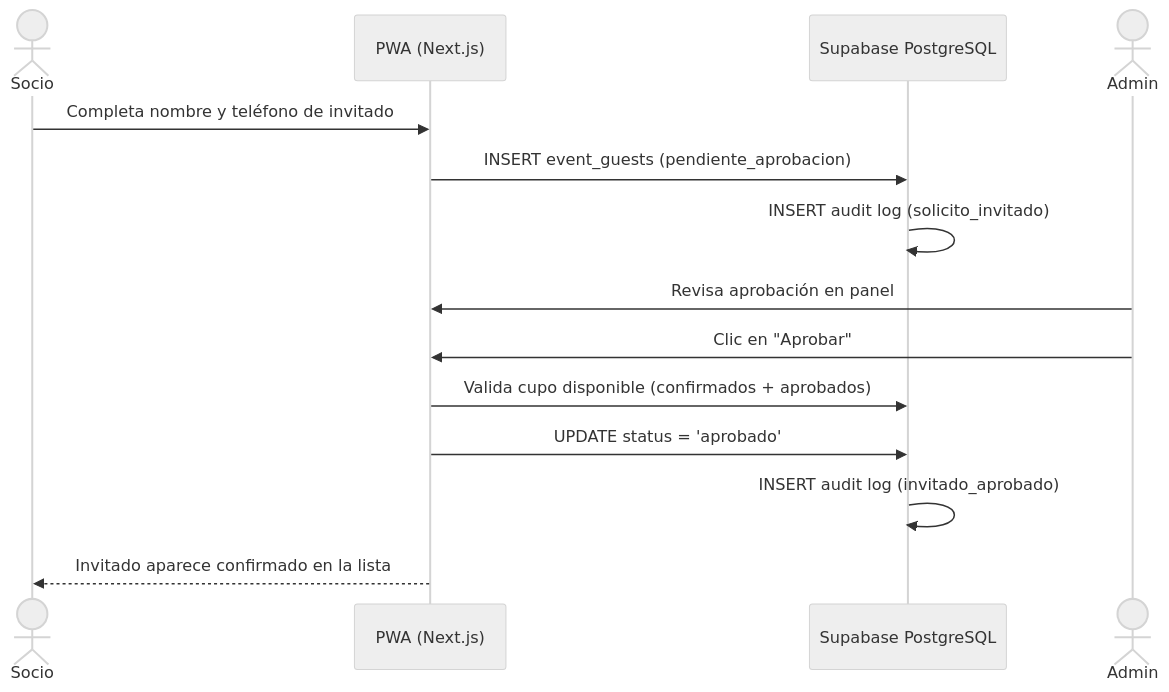
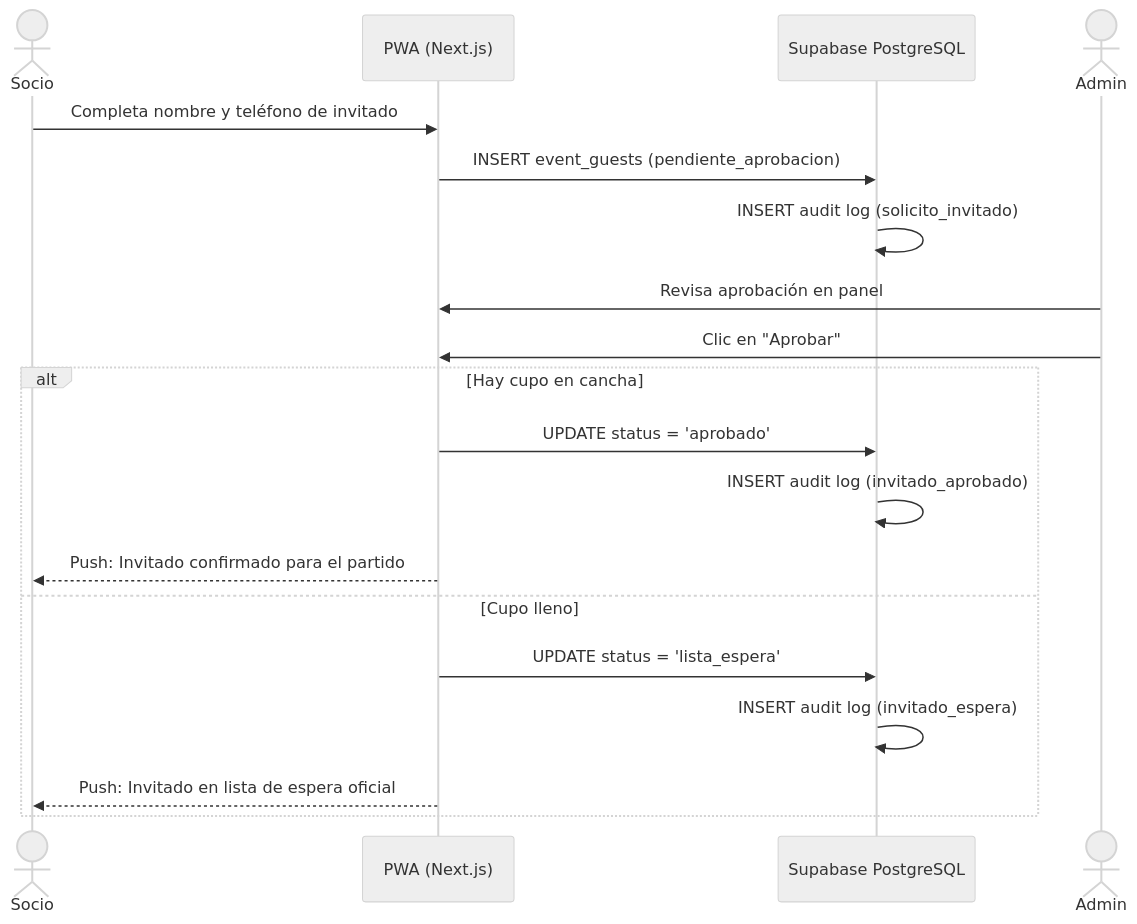
One commit to Aspirador4/NewCampApp changed the diagram in docs/wiki/06_MODULO_INVITADOS_Y_MODERACION.md. Above: the diagram before and after it, drawn with Mermaid (neutral theme). The commit also changed other lines of this file and 2 other files, not shown here.

Commit message:
docs(wiki): documentar aprobacion de invitados en lista de espera, cola unificada y edicion de convocatorias

````diff
--- a/docs/wiki/06_MODULO_INVITADOS_Y_MODERACION.md
+++ b/docs/wiki/06_MODULO_INVITADOS_Y_MODERACION.md
@@ -24,17 +27,22 @@
 ```mermaid
 sequenceDiagram
     actor Socio
     participant App as PWA (Next.js)
     participant DB as Supabase PostgreSQL
     actor Admin
 
     Socio->>App: Completa nombre y teléfono de invitado
     App->>DB: INSERT event_guests (pendiente_aprobacion)
     DB->>DB: INSERT audit log (solicito_invitado)
     Admin->>App: Revisa aprobación en panel
     Admin->>App: Clic en "Aprobar"
-    App->>DB: Valida cupo disponible (confirmados + aprobados)
-    App->>DB: UPDATE status = 'aprobado'
-    DB->>DB: INSERT audit log (invitado_aprobado)
-    App-->>Socio: Invitado aparece confirmado en la lista
+    alt Hay cupo en cancha
+        App->>DB: UPDATE status = 'aprobado'
+        DB->>DB: INSERT audit log (invitado_aprobado)
+        App-->>Socio: Push: Invitado confirmado para el partido
+    else Cupo lleno
+        App->>DB: UPDATE status = 'lista_espera'
+        DB->>DB: INSERT audit log (invitado_espera)
+        App-->>Socio: Push: Invitado en lista de espera oficial
+    end
 ```
````
